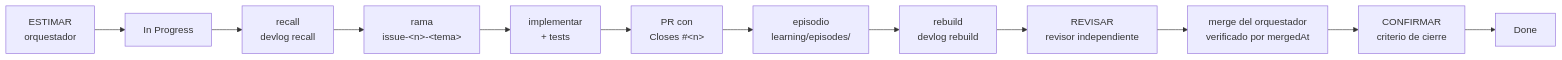
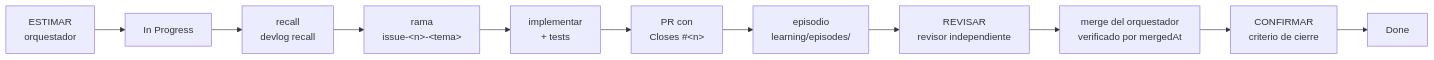
The diagram in docs/entorno/harness.md (cherrera0001/Agents_Learning_Loops), drawn with Mermaid before and after one commit. The commit also changed other lines of this file and 19 other files, not shown here.

````diff
--- a/docs/entorno/harness.md
+++ b/docs/entorno/harness.md
@@ -44,14 +44,13 @@
 ```mermaid
 flowchart LR
     ES["ESTIMAR<br/>orquestador"] --> IP["In Progress"]
     IP --> R["recall<br/>devlog recall"]
     R --> B["rama<br/>issue-&lt;n&gt;-&lt;tema&gt;"]
     B --> I["implementar<br/>+ tests"]
     I --> PR["PR con<br/>Closes #&lt;n&gt;"]
     PR --> E["episodio<br/>learning/episodes/"]
-    E --> RB["rebuild<br/>devlog rebuild"]
-    RB --> RV["REVISAR<br/>revisor independiente"]
+    E --> RV["REVISAR<br/>revisor independiente"]
     RV --> M["merge del orquestador<br/>verificado por mergedAt"]
     M --> CF["CONFIRMAR<br/>criterio de cierre"]
     CF --> D["Done"]
 ```
````
